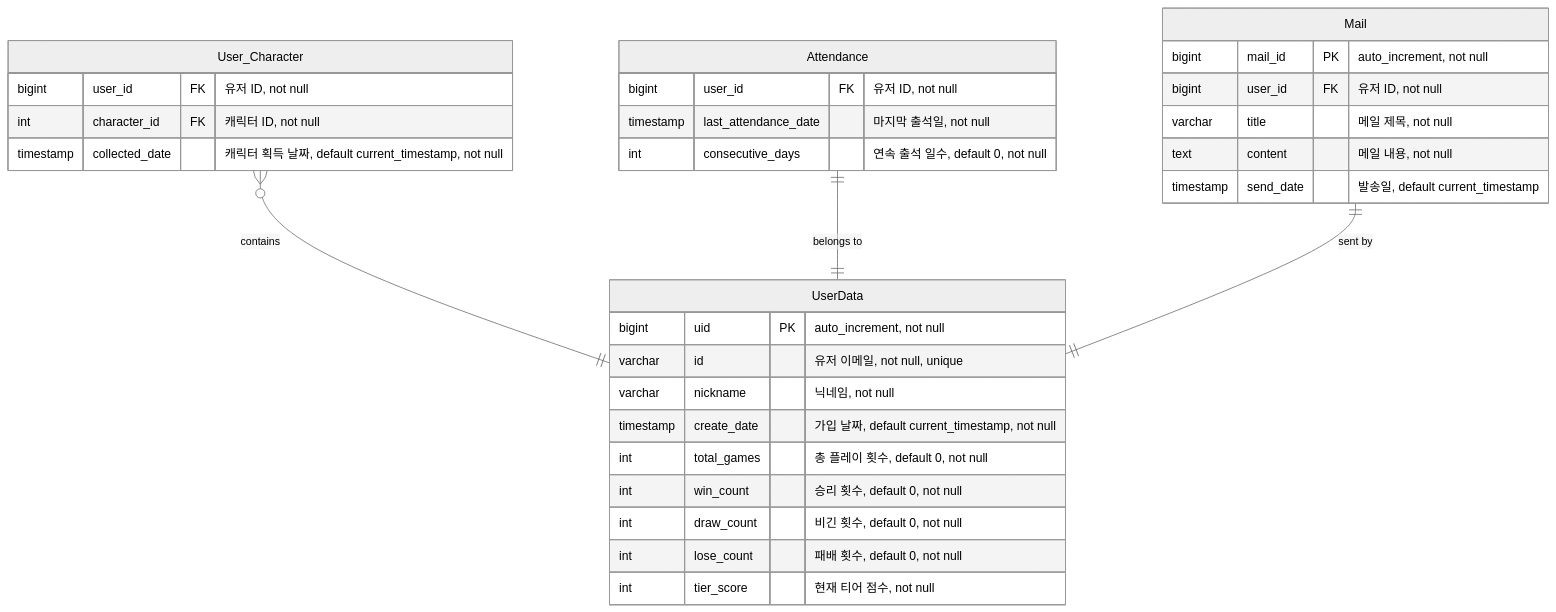
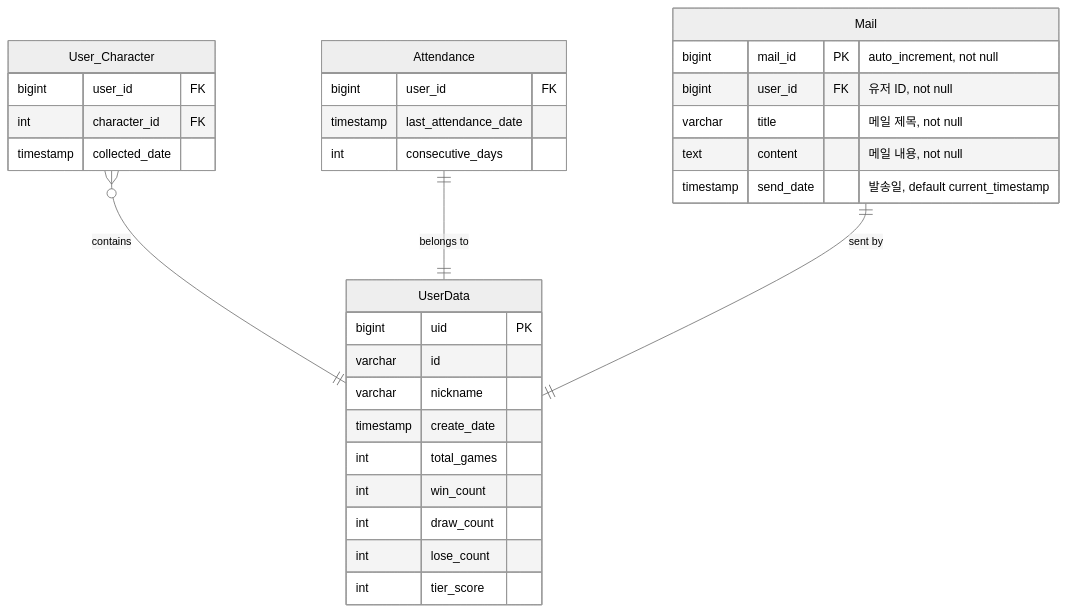
Before and after one commit to hhes0225/Pancht: the first of 8 diagrams in ApiGameServer/README.md, drawn with Mermaid (neutral theme). The commit also changed other lines of this file, not shown here.

````diff
--- a/ApiGameServer/README.md
+++ b/ApiGameServer/README.md
@@ -15,39 +15,39 @@
 ```mermaid
 erDiagram
     UserData {
-        bigint uid PK "auto_increment, not null"
-        varchar id "유저 이메일, not null, unique"
-        varchar nickname "닉네임, not null"
-        timestamp create_date "가입 날짜, default current_timestamp, not null"
-        int total_games "총 플레이 횟수, default 0, not null"
-        int win_count "승리 횟수, default 0, not null"
-        int draw_count "비긴 횟수, default 0, not null"
-        int lose_count "패배 횟수, default 0, not null"
-        int tier_score "현재 티어 점수, not null"
+        bigint uid PK
+        varchar id
+        varchar nickname
+        timestamp create_date
+        int total_games
+        int win_count
+        int draw_count
+        int lose_count
+        int tier_score
     }
 
     User_Character {
-        bigint user_id FK "유저 ID, not null"
-        int character_id FK "캐릭터 ID, not null"
-        timestamp collected_date "캐릭터 획득 날짜, default current_timestamp, not null"
+        bigint user_id FK 
+        int character_id FK 
+        timestamp collected_date 
     }
 
     Attendance {
-        bigint user_id FK "유저 ID, not null"
-        timestamp last_attendance_date "마지막 출석일, not null"
-        int consecutive_days "연속 출석 일수, default 0, not null"
+        bigint user_id FK 
+        timestamp last_attendance_date 
+        int consecutive_days 
     }
 
     Mail {
         bigint mail_id PK "auto_increment, not null"
         bigint user_id FK "유저 ID, not null"
         varchar title "메일 제목, not null"
         text content "메일 내용, not null"
         timestamp send_date "발송일, default current_timestamp"
     }
 
     User_Character }o--|| UserData : "contains"
     Attendance ||--|| UserData : "belongs to"
     Mail ||--|| UserData : "sent by"
 
 ```
````
